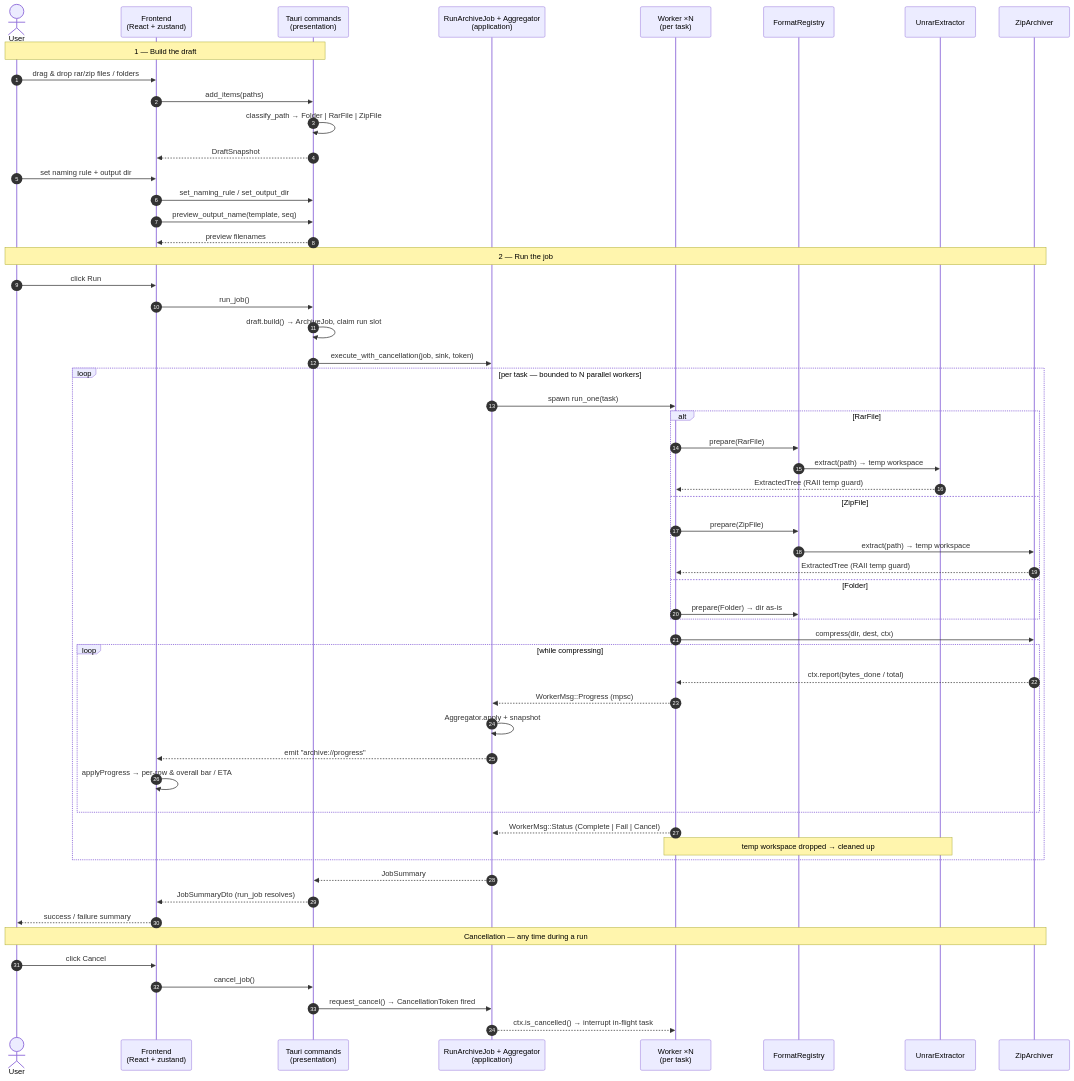
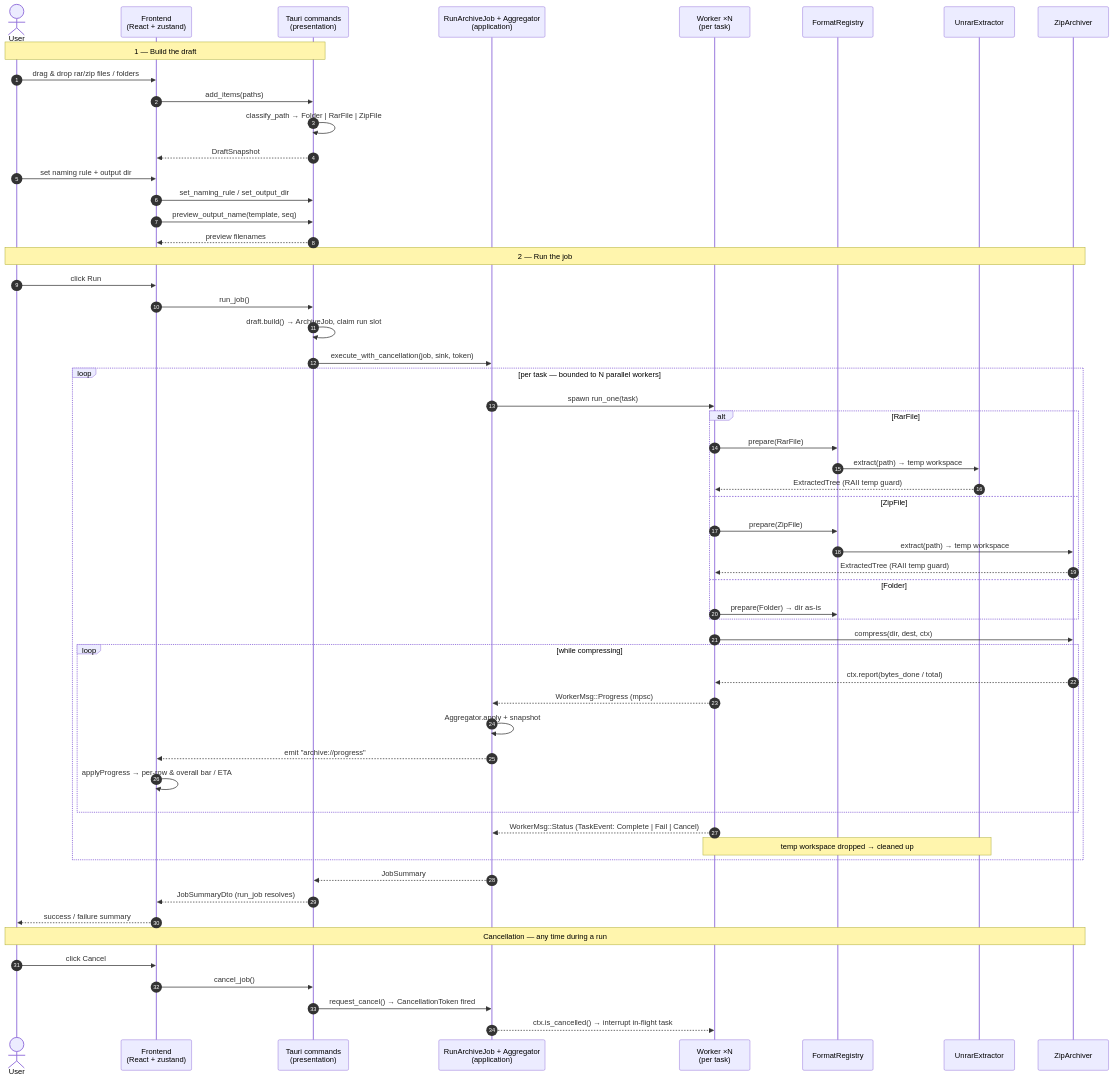
One commit to yasuflatland-lf/simple-archiver changed the diagram in README.md. Above: the diagram before and after it, drawn with Mermaid.

Commit message:
docs(readme): clarify WorkerMsg::Status wraps TaskEvent in the flow diagram

````diff
--- a/README.md
+++ b/README.md
@@ -167,63 +167,63 @@
 ```mermaid
 sequenceDiagram
     autonumber
     actor User
     participant UI as Frontend<br/>(React + zustand)
     participant Cmd as Tauri commands<br/>(presentation)
     participant Engine as RunArchiveJob + Aggregator<br/>(application)
     participant Worker as Worker ×N<br/>(per task)
     participant Reg as FormatRegistry
     participant Unrar as UnrarExtractor
     participant Zip as ZipArchiver
 
     Note over User,Cmd: 1 — Build the draft
     User->>UI: drag & drop rar/zip files / folders
     UI->>Cmd: add_items(paths)
     Cmd->>Cmd: classify_path → Folder | RarFile | ZipFile
     Cmd-->>UI: DraftSnapshot
     User->>UI: set naming rule + output dir
     UI->>Cmd: set_naming_rule / set_output_dir
     UI->>Cmd: preview_output_name(template, seq)
     Cmd-->>UI: preview filenames
 
     Note over User,Zip: 2 — Run the job
     User->>UI: click Run
     UI->>Cmd: run_job()
     Cmd->>Cmd: draft.build() → ArchiveJob, claim run slot
     Cmd->>Engine: execute_with_cancellation(job, sink, token)
 
     loop per task — bounded to N parallel workers
         Engine->>Worker: spawn run_one(task)
         alt RarFile
             Worker->>Reg: prepare(RarFile)
             Reg->>Unrar: extract(path) → temp workspace
             Unrar-->>Worker: ExtractedTree (RAII temp guard)
         else ZipFile
             Worker->>Reg: prepare(ZipFile)
             Reg->>Zip: extract(path) → temp workspace
             Zip-->>Worker: ExtractedTree (RAII temp guard)
         else Folder
             Worker->>Reg: prepare(Folder) → dir as-is
         end
         Worker->>Zip: compress(dir, dest, ctx)
         loop while compressing
             Zip-->>Worker: ctx.report(bytes_done / total)
             Worker-->>Engine: WorkerMsg::Progress (mpsc)
             Engine->>Engine: Aggregator.apply + snapshot
             Engine-->>UI: emit "archive://progress"
             UI->>UI: applyProgress → per-row & overall bar / ETA
         end
-        Worker-->>Engine: WorkerMsg::Status (Complete | Fail | Cancel)
+        Worker-->>Engine: WorkerMsg::Status (TaskEvent: Complete | Fail | Cancel)
         Note over Worker,Unrar: temp workspace dropped → cleaned up
     end
 
     Engine-->>Cmd: JobSummary
     Cmd-->>UI: JobSummaryDto (run_job resolves)
     UI-->>User: success / failure summary
 
     Note over User,Zip: Cancellation — any time during a run
     User->>UI: click Cancel
     UI->>Cmd: cancel_job()
     Cmd->>Engine: request_cancel() → CancellationToken fired
     Engine-->>Worker: ctx.is_cancelled() → interrupt in-flight task
 ```
````
